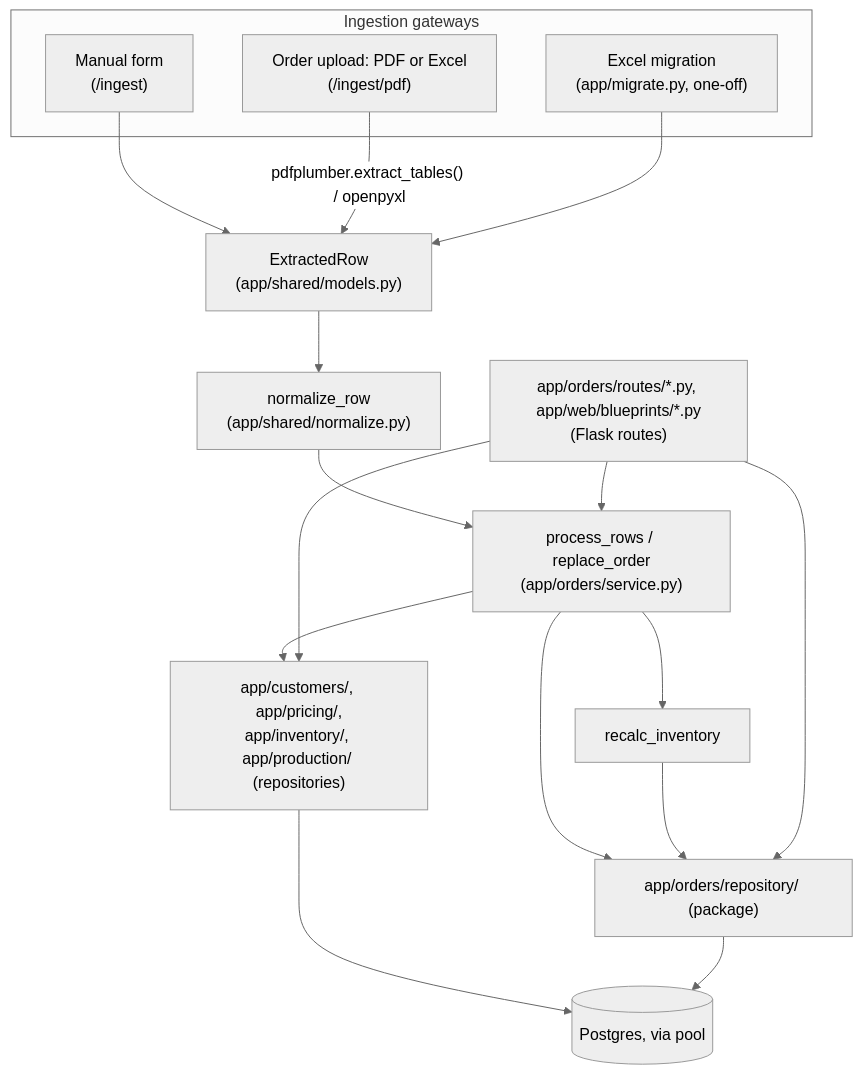
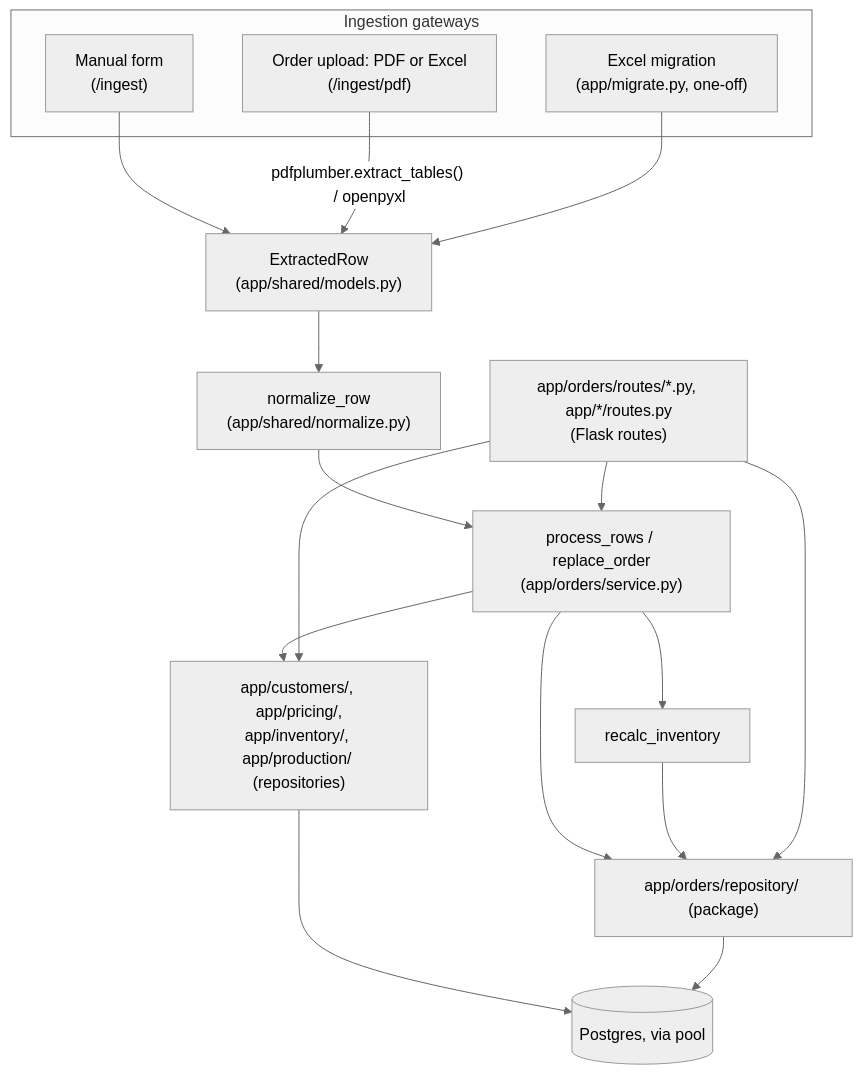
The first of 2 diagrams in docs/ARCHITECTURE.md (nickkmm/plates), drawn with Mermaid (neutral theme) before and after one commit. The commit also changed other lines of this file and 10 other files, not shown here.

````diff
--- a/docs/ARCHITECTURE.md
+++ b/docs/ARCHITECTURE.md
@@ -11,23 +11,23 @@
 ```mermaid
 flowchart TD
     subgraph Gateways["Ingestion gateways"]
         M["Manual form<br/>(/ingest)"]
         PDF["Order upload: PDF or Excel<br/>(/ingest/pdf)"]
         MIG["Excel migration<br/>(app/migrate.py, one-off)"]
     end
     M --> ER["ExtractedRow<br/>(app/shared/models.py)"]
     PDF -->|"pdfplumber.extract_tables() / openpyxl"| ER
     MIG --> ER
     ER --> NORM["normalize_row<br/>(app/shared/normalize.py)"]
     NORM --> PROC["process_rows / replace_order<br/>(app/orders/service.py)"]
     PROC --> DBL["app/orders/repository/ (package)"]
     PROC --> DOM["app/customers/, app/pricing/,<br/>app/inventory/, app/production/ (repositories)"]
     DOM --> PG
     DBL --> PG[(Postgres, via pool)]
     PROC --> INV[recalc_inventory]
     INV --> DBL
 
-    WEB["app/orders/routes/*.py, app/web/blueprints/*.py<br/>(Flask routes)"] --> PROC
+    WEB["app/orders/routes/*.py, app/*/routes.py<br/>(Flask routes)"] --> PROC
     WEB --> DBL
     WEB --> DOM
 ```
````
